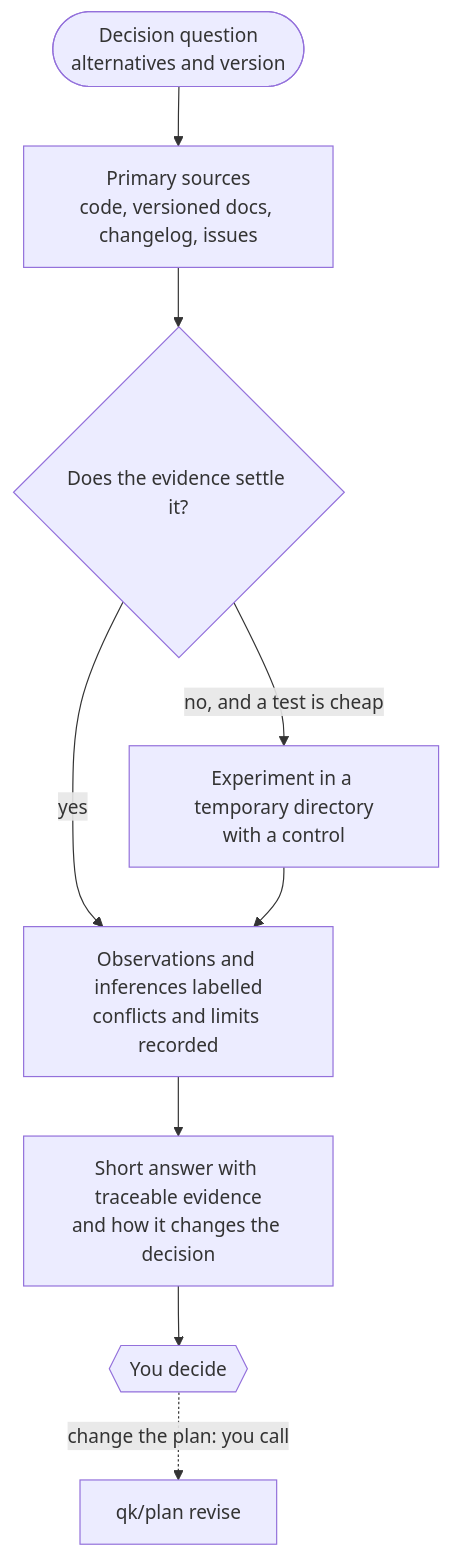
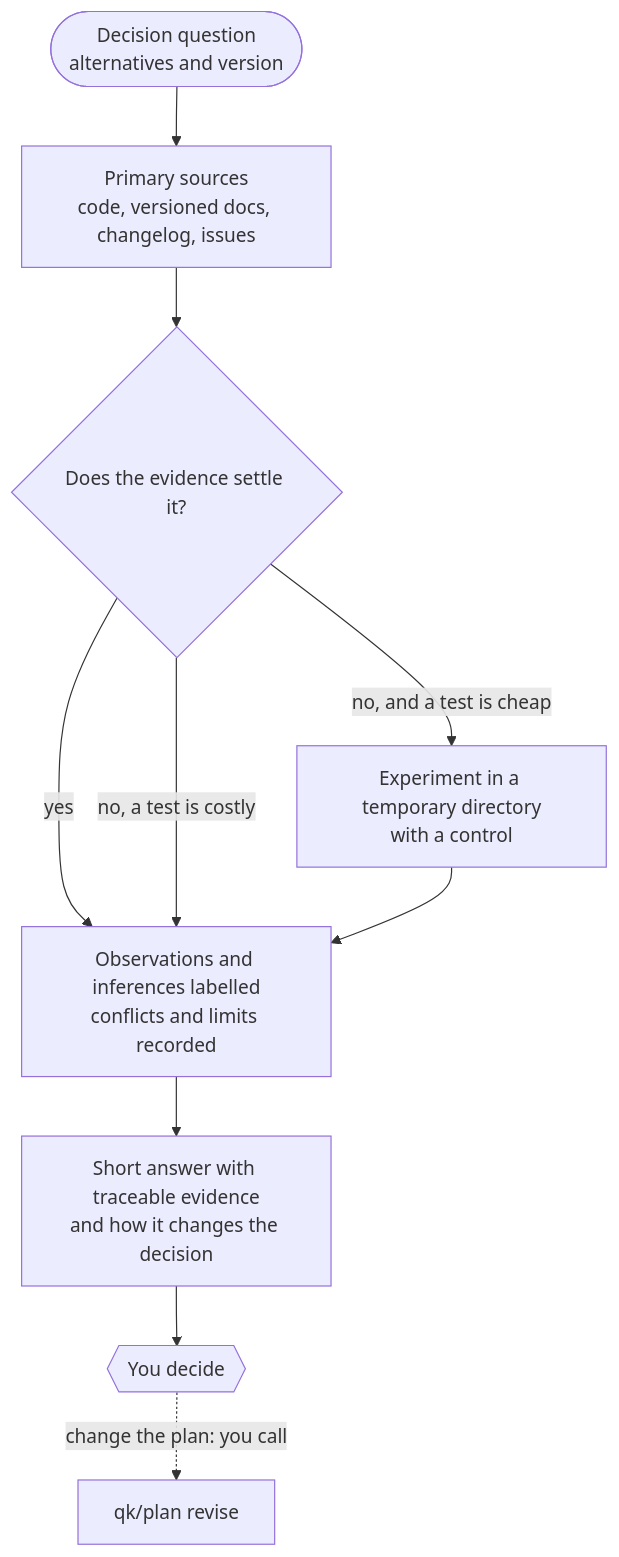
One commit to dakiquang/qk changed the diagram in docs/en/skills/qk-research.md. Above: the diagram before and after it, drawn with Mermaid. The commit also changed 1 other file, not shown here.

Commit message:
docs: give research an answer when a test is too costly

````diff
--- a/docs/en/skills/qk-research.md
+++ b/docs/en/skills/qk-research.md
@@ -11,11 +11,12 @@
 ```mermaid
 flowchart TB
     q(["Decision question<br/>alternatives and version"]) --> src["Primary sources<br/>code, versioned docs, changelog, issues"]
     src --> settled{"Does the evidence settle it?"}
     settled -- "no, and a test is cheap" --> exp["Experiment in a temporary directory<br/>with a control"]
     settled -- "yes" --> label
+    settled -- "no, a test is costly" --> label
     exp --> label["Observations and inferences labelled<br/>conflicts and limits recorded"]
     label --> ans["Short answer with traceable evidence<br/>and how it changes the decision"]
     ans --> you{{"You decide"}}
     you -. "change the plan: you call" .-> plan["qk/plan revise"]
 ```
````
